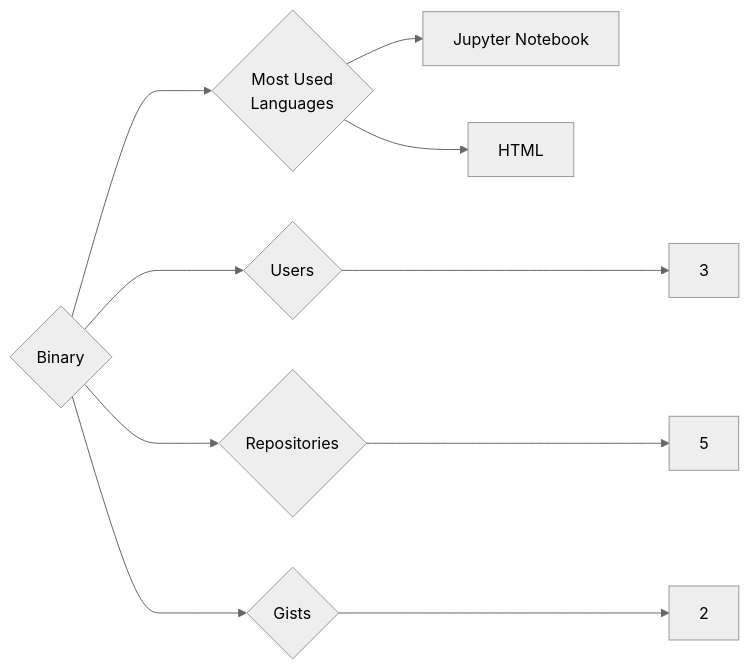
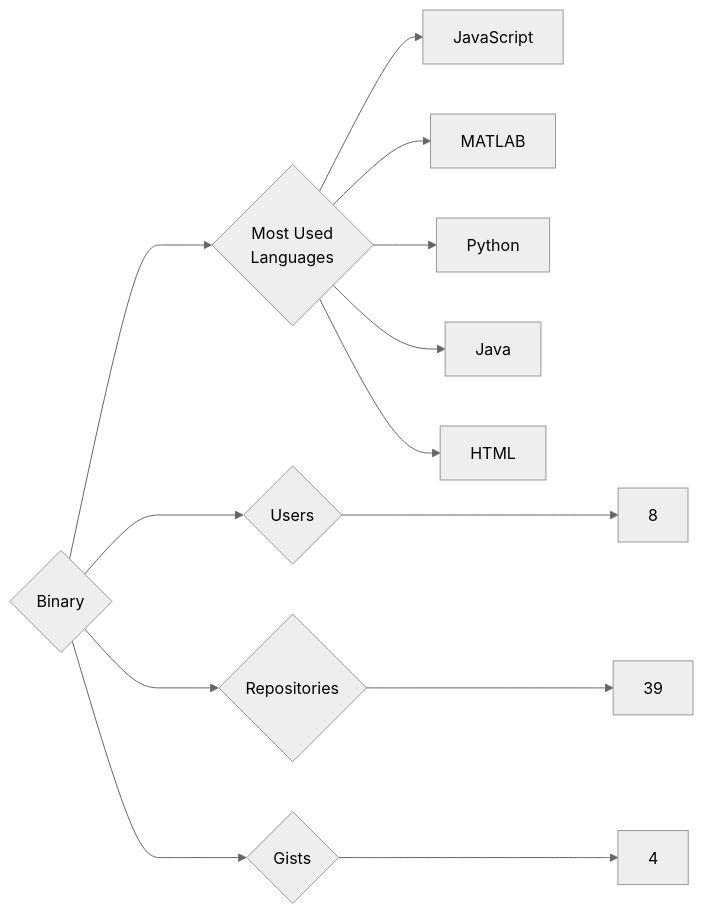
Before and after one commit to trickest/insiders: the diagram in targets/Binary/README.md, drawn with Mermaid (neutral theme). The commit also changed 1149 other files, not shown here.

````diff
--- a/targets/Binary/README.md
+++ b/targets/Binary/README.md
@@ -3,10 +3,13 @@
 ```mermaid
 graph LR
 COMPANY_NAME{Binary}
-COMPANY_NAME ---> U{Users} ---> UN[3]
-COMPANY_NAME ---> R{Repositories} ---> RN[5]
-COMPANY_NAME ---> G{Gists} ---> GN[2]
+COMPANY_NAME ---> U{Users} ---> UN[8]
+COMPANY_NAME ---> R{Repositories} ---> RN[39]
+COMPANY_NAME ---> G{Gists} ---> GN[4]
 COMPANY_NAME ---> ML{Most Used<br>Languages}
-ML --> Jupyter_Notebook[Jupyter Notebook]
+ML --> JavaScript[JavaScript]
+ML --> MATLAB[MATLAB]
+ML --> Python[Python]
+ML --> Java[Java]
 ML --> HTML[HTML]
 ```
````
